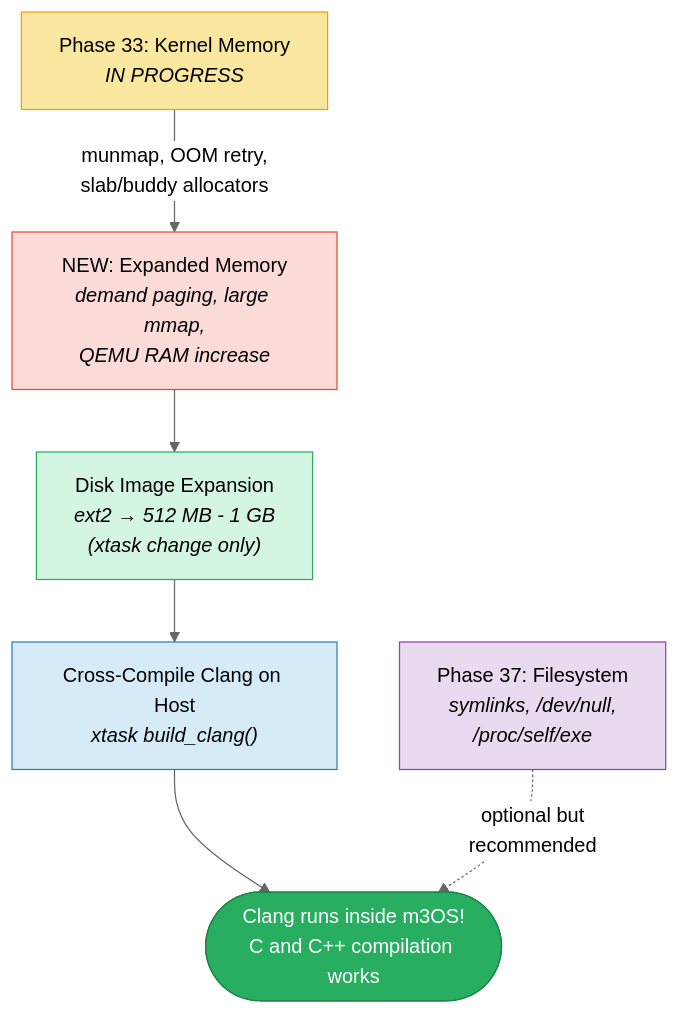
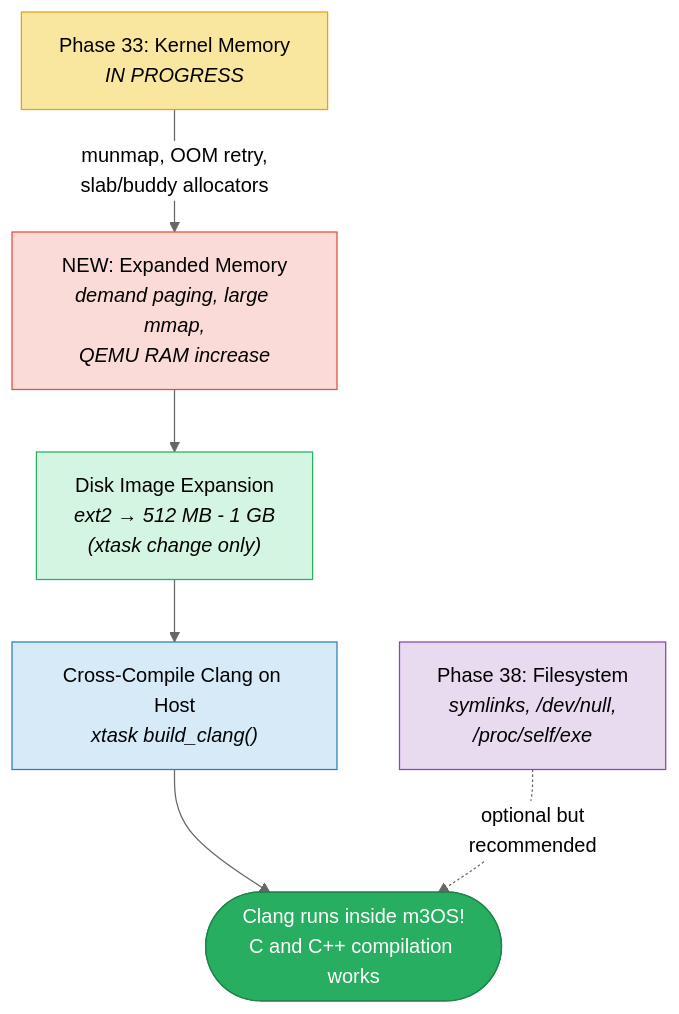
Before and after one commit to mikecubed/m3OS: the fourth of 6 diagrams in docs/clang-llvm-roadmap.md, drawn with Mermaid (neutral theme). The commit also changed other lines of this file and 34 other files, not shown here.

````diff
--- a/docs/clang-llvm-roadmap.md
+++ b/docs/clang-llvm-roadmap.md
@@ -333,24 +333,24 @@
 ```mermaid
 flowchart TD
     P33["Phase 33: Kernel Memory<br/><i>IN PROGRESS</i>"]
     EM["NEW: Expanded Memory<br/><i>demand paging, large mmap,<br/>QEMU RAM increase</i>"]
     DI["Disk Image Expansion<br/><i>ext2 → 512 MB - 1 GB<br/>(xtask change only)</i>"]
     CC["Cross-Compile Clang on Host<br/><i>xtask build_clang()</i>"]
     DONE(["Clang runs inside m3OS!<br/>C and C++ compilation works"])
 
-    P37["Phase 37: Filesystem<br/><i>symlinks, /dev/null,<br/>/proc/self/exe</i>"]
+    P38["Phase 38: Filesystem<br/><i>symlinks, /dev/null,<br/>/proc/self/exe</i>"]
 
     P33 -->|"munmap, OOM retry,<br/>slab/buddy allocators"| EM
     EM --> DI
     DI --> CC
     CC --> DONE
 
-    P37 -.->|"optional but<br/>recommended"| DONE
+    P38 -.->|"optional but<br/>recommended"| DONE
 
     style P33 fill:#f9e79f,stroke:#f39c12,color:#000
     style EM fill:#fadbd8,stroke:#e74c3c,color:#000
     style DI fill:#d5f5e3,stroke:#27ae60,color:#000
     style CC fill:#d6eaf8,stroke:#2980b9,color:#000
     style DONE fill:#27ae60,stroke:#1e8449,color:#fff
-    style P37 fill:#e8daef,stroke:#8e44ad,color:#000
+    style P38 fill:#e8daef,stroke:#8e44ad,color:#000
 ```
````
